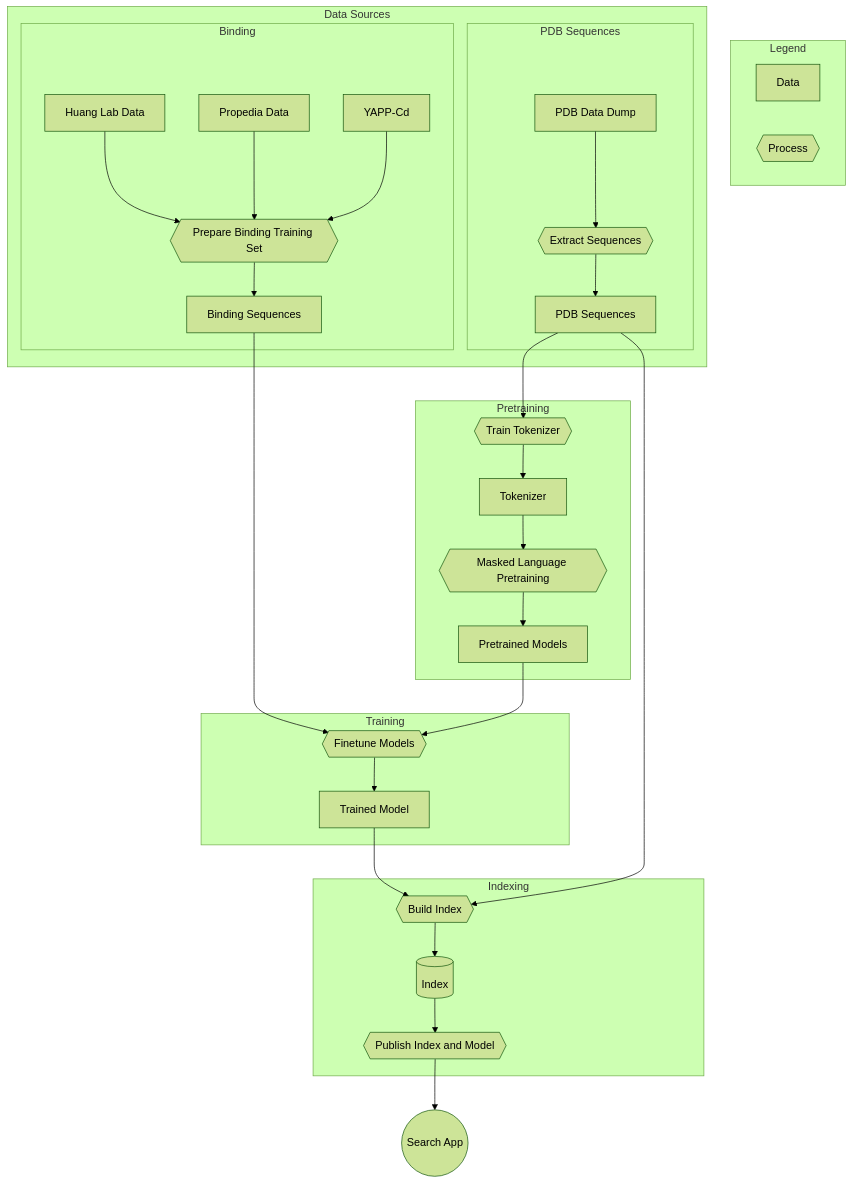
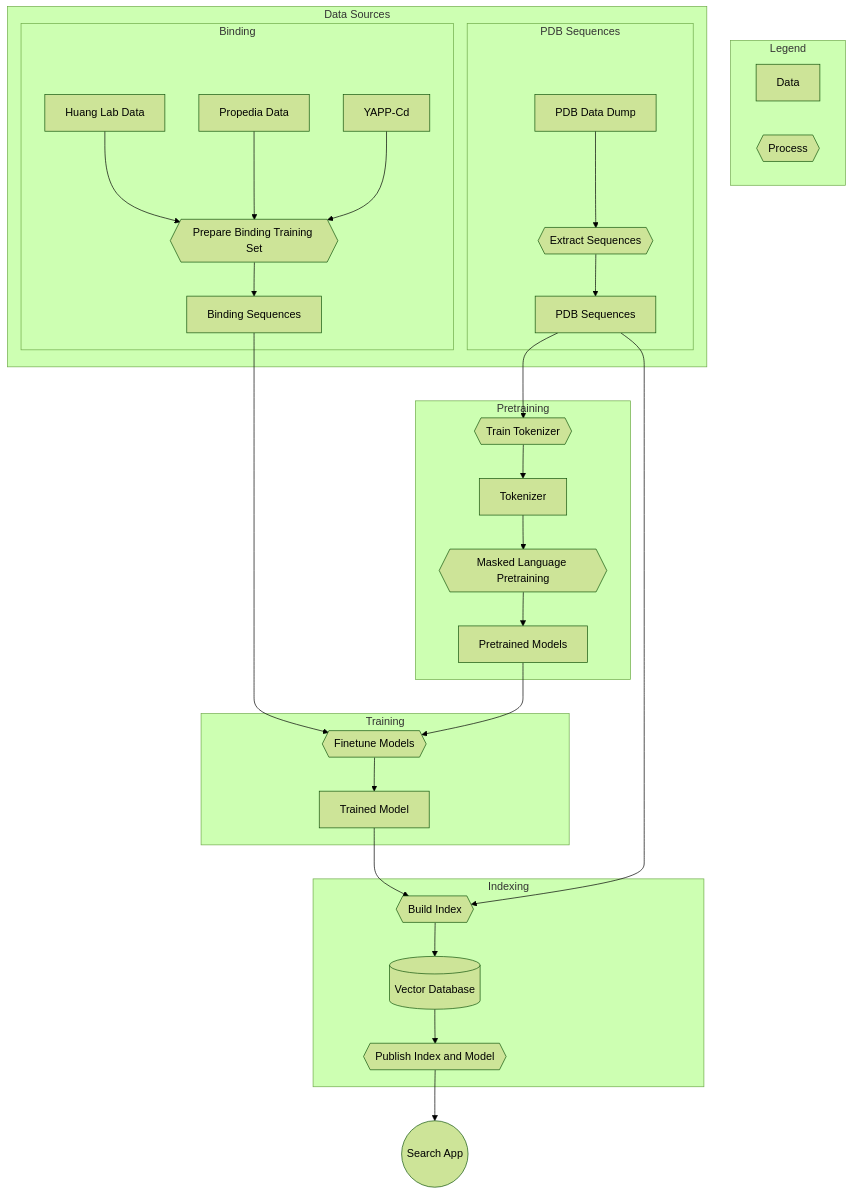
The first of 2 diagrams in README.md (RoniGurvich/Peptriever), drawn with Mermaid (forest theme) before and after one commit. The commit also changed 7 other files, not shown here.

````diff
--- a/README.md
+++ b/README.md
@@ -23,53 +23,52 @@
 ```mermaid
 flowchart TD
     subgraph legend[Legend]
         data[Data]
         process{{Process}}
     end
 
     subgraph data_sources[Data Sources]
 
         subgraph pdb_seq[PDB Sequences]
             pdb_dump[PDB Data Dump] --> extract_sequences{{Extract Sequences}} --> pdb_sequences[PDB Sequences]
             click pdb_sequences "https://huggingface.co/datasets/ronig/pdb_sequences" "huggingface dataset"
         end
         
         subgraph binding[Binding]
             huang_data[Huang Lab Data]
             propedia_data[Propedia Data]
             yapp_data[YAPP-Cd]
             huang_data --> preprocess_train_data{{Prepare Binding Training Set}}
             propedia_data --> preprocess_train_data
             yapp_data --> preprocess_train_data
             preprocess_train_data --> binding_sequences[Binding Sequences]
             click binding_sequences "https://huggingface.co/datasets/ronig/protein_binding_sequences" "huggingface dataset"
         end
         
     end
 
     subgraph pretraining[Pretraining]
         pdb_sequences --> train_tokenizer{{Train Tokenizer}} --> tokenizer[Tokenizer]
         tokenizer --> mlm_pretraining{{Masked Language Pretraining}}
         mlm_pretraining --> pretrained_mlm[Pretrained Models]
         click tokenizer "https://huggingface.co/ronig/pdb_bpe_tokenizer_1024_mlm" "huggingface model"
     end
     
     subgraph training[Training]
         pretrained_mlm --> finetune{{Finetune Models}}
         binding_sequences --> finetune
         finetune --> trained_model[Trained Model]
         click trained_model "https://huggingface.co/ronig/protein_biencoder" "huggingface model"
     end
     
     subgraph indexing[Indexing]
         trained_model --> build_index{{Build Index}}
         pdb_sequences --> build_index
-        build_index --> knn_index[(Index)]
-        knn_index --> publish_index_model{{Publish Index and Model}}
-        click knn_index "https://huggingface.co/datasets/ronig/protein_index" "huggingface dataset"
+        build_index --> vector_db[(Vector Database)]
+        vector_db --> publish_index_model{{Publish Index and Model}}
     end
 
     publish_index_model --> search_app((Search App))
     click search_app "https://peptriever.app" "Peptriever App"
 
 ```
````
